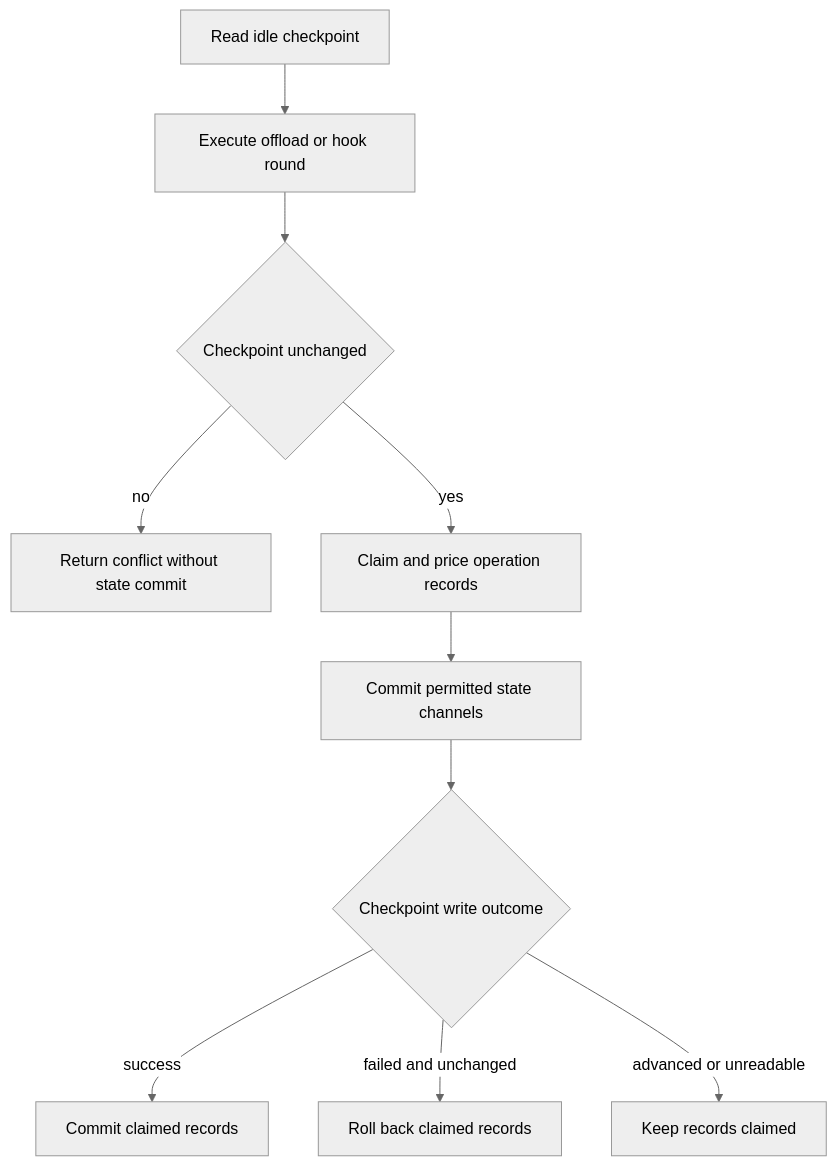
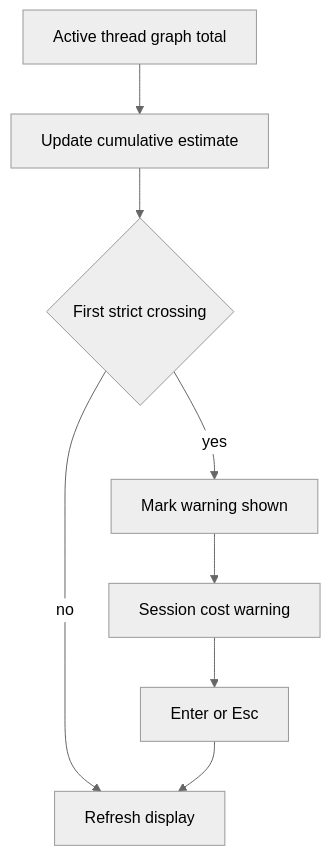
Before and after one commit to langchain-ai/deepagents: the third of 3 diagrams in openwiki/operations/cost-and-sessions.md, drawn with Mermaid (neutral theme). The commit also changed other lines of this file and 47 other files, not shown here.

````diff
--- a/openwiki/operations/cost-and-sessions.md
+++ b/openwiki/operations/cost-and-sessions.md
@@ -180,12 +144,10 @@
 ```mermaid
 flowchart TD
-    start["Read idle checkpoint"] --> execute["Execute offload or hook round"]
-    execute --> unchanged{"Checkpoint unchanged"}
-    unchanged -- "no" --> conflict["Return conflict without state commit"]
-    unchanged -- "yes" --> prepare["Claim and price operation records"]
-    prepare --> write["Commit permitted state channels"]
-    write --> outcome{"Checkpoint write outcome"}
-    outcome -- "success" --> committed["Commit claimed records"]
-    outcome -- "failed and unchanged" --> restored["Roll back claimed records"]
-    outcome -- "advanced or unreadable" --> conservative["Keep records claimed"]
+    Total["Active thread graph total"] --> Set["Update cumulative estimate"]
+    Set --> Crossing{"First strict crossing"}
+    Crossing -- "no" --> Refresh["Refresh display"]
+    Crossing -- "yes" --> Latch["Mark warning shown"]
+    Latch --> Modal["Session cost warning"]
+    Modal --> Ack["Enter or Esc"]
+    Ack --> Refresh
 ```
````
